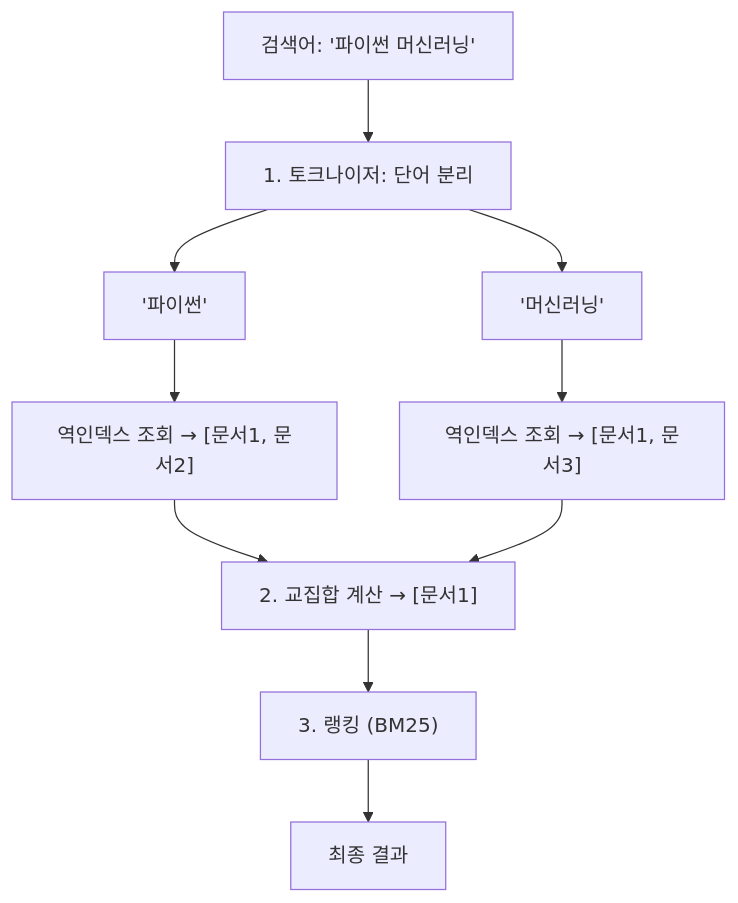
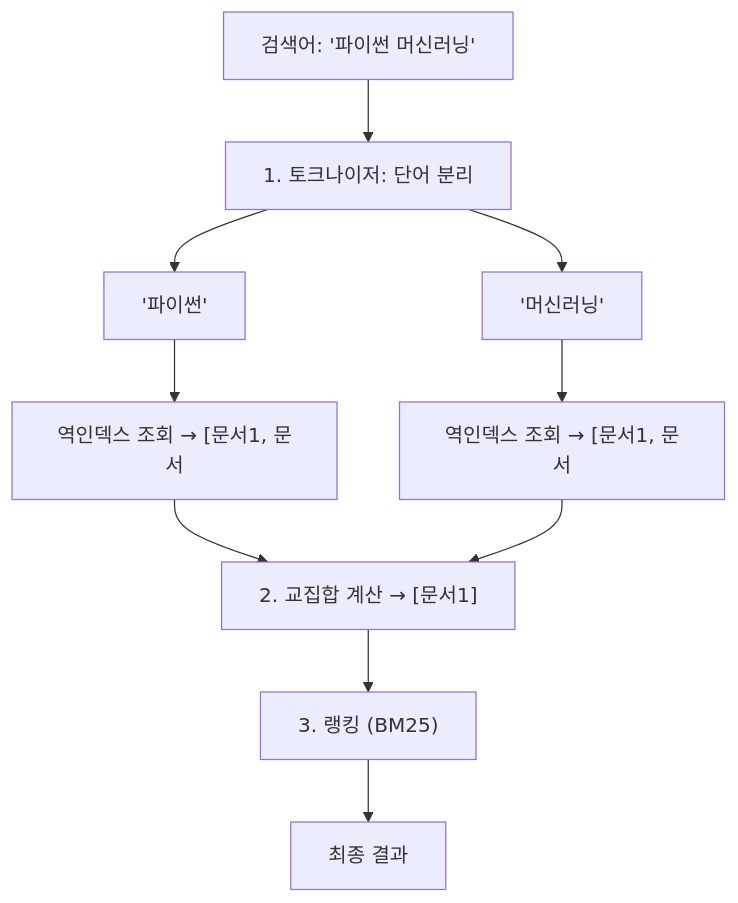
One commit to yjkim2015/yjkim2015.github.io changed the first of 5 diagrams in _posts/systemdesign/2026-05-02-system-design-search.md. Above: the diagram before and after it, drawn with Mermaid. The commit also changed other lines of this file and 271 other files, not shown here.

First line of the commit message:
Mermaid 라벨 축소: 긴 노드 텍스트 18자 이하로 트림 + \n 제거

````diff
--- a/_posts/systemdesign/2026-05-02-system-design-search.md
+++ b/_posts/systemdesign/2026-05-02-system-design-search.md
@@ -28,12 +28,12 @@
 ```mermaid
 graph TD
     Query["검색어: '파이썬 머신러닝'"] --> Tokenize["1. 토크나이저: 단어 분리"]
     Tokenize --> T1["'파이썬'"]
     Tokenize --> T2["'머신러닝'"]
-    T1 --> Idx1["역인덱스 조회 → [문서1, 문서2]"]
-    T2 --> Idx2["역인덱스 조회 → [문서1, 문서3]"]
+    T1 --> Idx1["역인덱스 조회 → [문서1, 문서"]
+    T2 --> Idx2["역인덱스 조회 → [문서1, 문서"]
     Idx1 --> Inter["2. 교집합 계산 → [문서1]"]
     Idx2 --> Inter
     Inter --> Rank["3. 랭킹 (BM25)"]
     Rank --> Result["최종 결과"]
 ```
````
